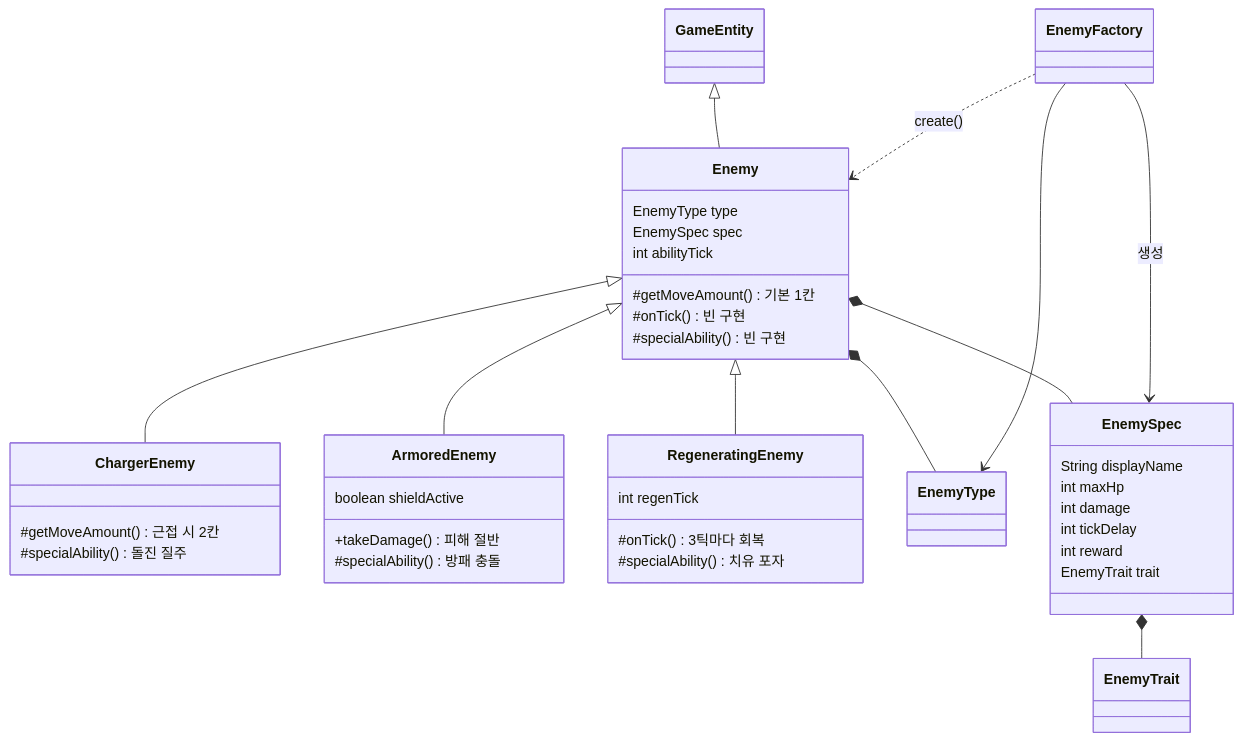
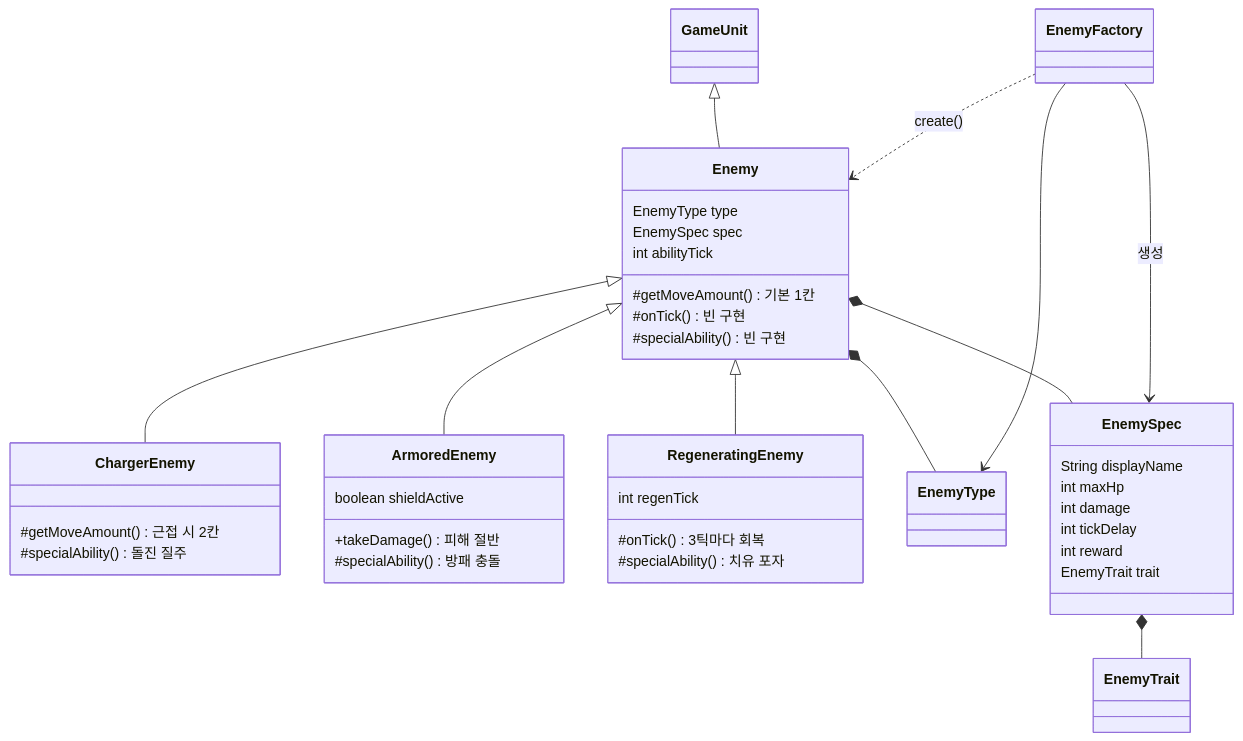
Before and after one commit to weweweme/teamnova_basic_class: the seventh of 18 diagrams in week6/CLAUDE.md, drawn with Mermaid. The commit also changed other lines of this file and 3 other files, not shown here.

````diff
--- a/week6/CLAUDE.md
+++ b/week6/CLAUDE.md
@@ -233,45 +243,45 @@
 ```mermaid
 classDiagram
-    GameEntity <|-- Enemy
+    GameUnit <|-- Enemy
     Enemy <|-- ChargerEnemy
     Enemy <|-- ArmoredEnemy
     Enemy <|-- RegeneratingEnemy
     Enemy *-- EnemyType
     Enemy *-- EnemySpec
     EnemySpec *-- EnemyTrait
 
     EnemyFactory --> EnemyType
     EnemyFactory --> EnemySpec : 생성
     EnemyFactory ..> Enemy : create()
 
     class Enemy {
         EnemyType type
         EnemySpec spec
         int abilityTick
         #getMoveAmount() 기본 1칸
         #onTick() 빈 구현
         #specialAbility() 빈 구현
     }
     class ChargerEnemy {
         #getMoveAmount() 근접 시 2칸
         #specialAbility() 돌진 질주
     }
     class ArmoredEnemy {
         boolean shieldActive
         +takeDamage() 피해 절반
         #specialAbility() 방패 충돌
     }
     class RegeneratingEnemy {
         int regenTick
         #onTick() 3틱마다 회복
         #specialAbility() 치유 포자
     }
     class EnemySpec {
         String displayName
         int maxHp
         int damage
         int tickDelay
         int reward
         EnemyTrait trait
     }
 ```
````
